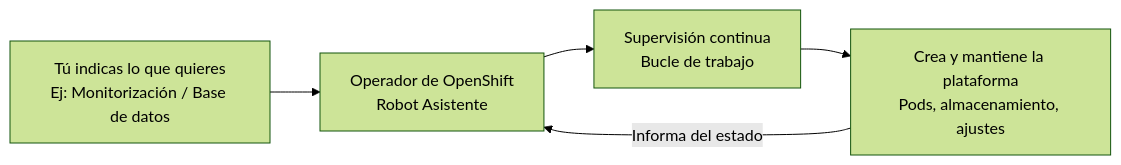
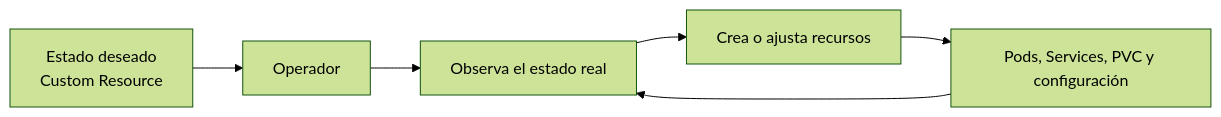
One commit to ieftraining/curso-openshift changed the first of 4 diagrams in docs/sesion3/3.7 Operadores.md. Above: the diagram before and after it, drawn with Mermaid (forest theme). The commit also changed other lines of this file, not shown here.

````diff
--- a/docs/sesion3/3.7 Operadores.md
+++ b/docs/sesion3/3.7 Operadores.md
@@ -25,7 +38,8 @@
 ```mermaid
 flowchart LR
-    A[Tú indicas lo que quieres<br>Ej: Monitorización / Base de datos] --> B[Operador de OpenShift<br>Robot Asistente]
-    B --> C[Supervisión continua<br>Bucle de trabajo]
-    C --> D[Crea y mantiene la plataforma<br>Pods, almacenamiento, ajustes]
-    D -->|Informa del estado| B
+    A[Estado deseado<br/>Custom Resource] --> B[Operador]
+    B --> C[Observa el estado real]
+    C --> D[Crea o ajusta recursos]
+    D --> E[Pods, Services, PVC y configuración]
+    E --> C
 ```
````
